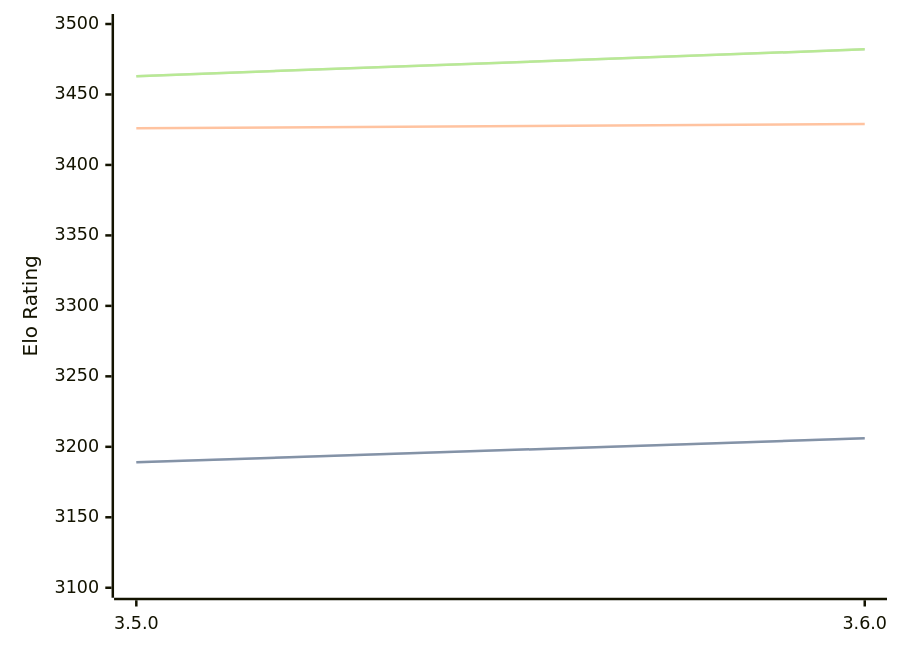
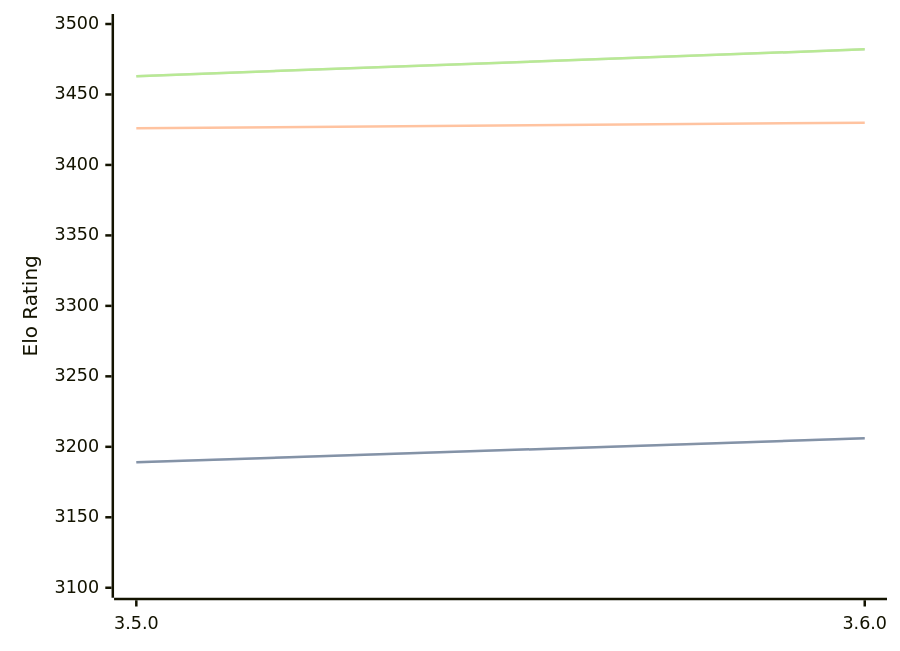
Before and after one commit to computer-chess-index/cci: the diagram in engines/Igel.md, drawn with Mermaid. The commit also changed other lines of this file, not shown here.

````diff
--- a/engines/Igel.md
+++ b/engines/Igel.md
@@ -68,11 +68,11 @@
 ```mermaid
 %%{init: {"theme":"base","themeVariables":{"seriesColors:['#a3a3a3','#222221','#faa371']}}}%%
 xychart-beta
   x-axis ["3.5.0", "3.6.0"]
   y-axis "Elo Rating" 3100 --> 3500
   line "STC (8.0+0.08s)" [3189, 3206]
   line "STC (8.0+0.08s)" [3189, 3206]
-  line "LTC (60.0+0.60s)" [3426, 3429]
+  line "LTC (60.0+0.60s)" [3426, 3430]
   line "VLTC (2m24s+1.12s)" [3463, 3482]
   line "VLTC (2m24s+1.12s)" [3463, 3482]
 ```
````
